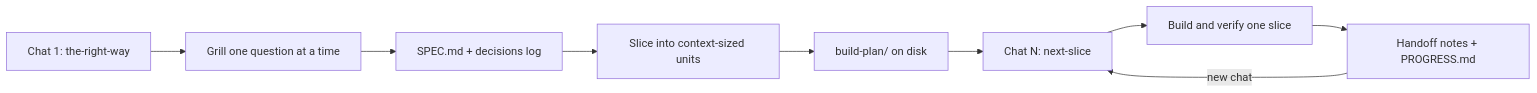
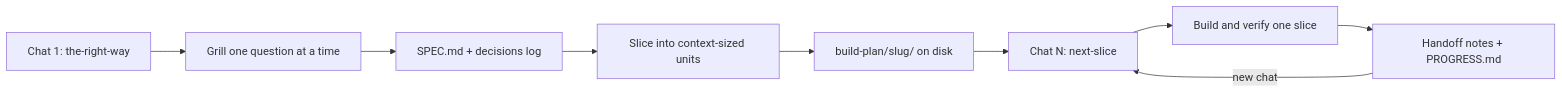
Before and after one commit to 131ackknight/the-right-way: the diagram in README.md, drawn with Mermaid. The commit also changed other lines of this file and 13 other files, not shown here.

Commit message:
Name the slice and pack in every kickoff prompt; one build-plan folder per effort; never take over another chat's slice

````diff
--- a/README.md
+++ b/README.md
@@ -23,11 +23,11 @@
 ```mermaid
 flowchart LR
   planChat["Chat 1: the-right-way"] --> grill[Grill one question at a time]
   grill --> spec["SPEC.md + decisions log"]
   spec --> slice[Slice into context-sized units]
-  slice --> pack["build-plan/ on disk"]
+  slice --> pack["build-plan/slug/ on disk"]
   pack --> chatN["Chat N: next-slice"]
   chatN --> build[Build and verify one slice]
   build --> handoff["Handoff notes + PROGRESS.md"]
   handoff -->|"new chat"| chatN
 ```
````
